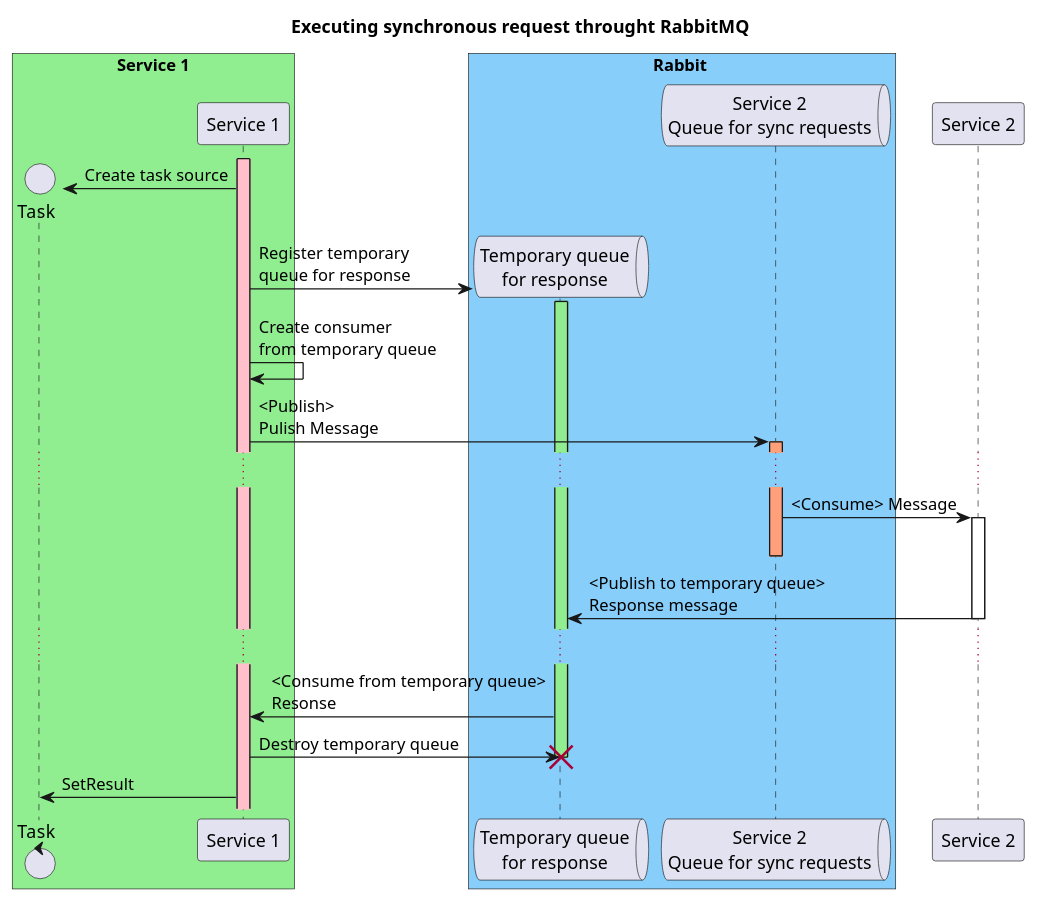
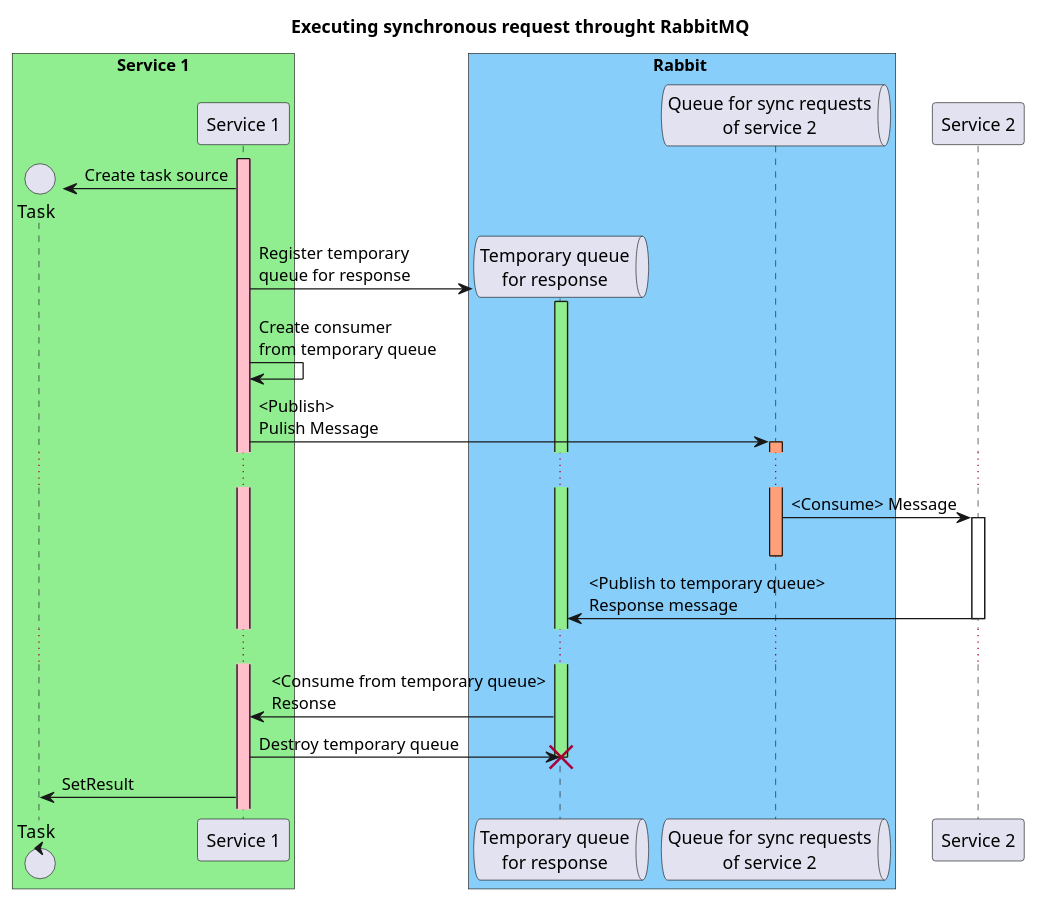
Before and after one commit to zavpav/TgBotEnterprise: the diagram in RabbitSynchronousRequest.puml, drawn with PlantUML. The commit also changed 9 other files, not shown here.

```diff
--- a/RabbitSynchronousRequest.puml
+++ b/RabbitSynchronousRequest.puml
@@ -1,33 +1,32 @@
 @startuml Rabbit synchronous request
 title Executing synchronous request throught RabbitMQ
 
 box "Service 1" #lightgreen
 control  Task  as waitTask
 participant "Service 1"  as s1 
 end box
 box Rabbit #LightSkyBlue
 queue  "Temporary queue\nfor response" as s2tem
-queue "Service 2\nQueue for sync requests" as s2q
+queue "Queue for sync requests\nof service 2" as s2q
 end box
 participant "Service 2" as s2 
 
 
 activate s1 #Pink
 create  waitTask
 s1 -> waitTask : Create task source
 create s2tem
 s1 -> s2tem ++ #lightgreen : Register temporary\nqueue for response 
 s1 -> s1 : Create consumer \nfrom temporary queue
 s1 -> s2q ++ #LightSalmon: <Publish>\nPulish Message
 ...
 s2q -> s2 ++ : <Consume> Message
 deactivate s2q
 s2tem <- s2 -- : <Publish to temporary queue>\nResponse message
 ...
 s1 <- s2tem : <Consume from temporary queue>\nResonse
 s1 -> s2tem : Destroy temporary queue
 destroy s2tem
-deactivate s2tem
 s1 -> waitTask : SetResult 
 
 @enduml
```
